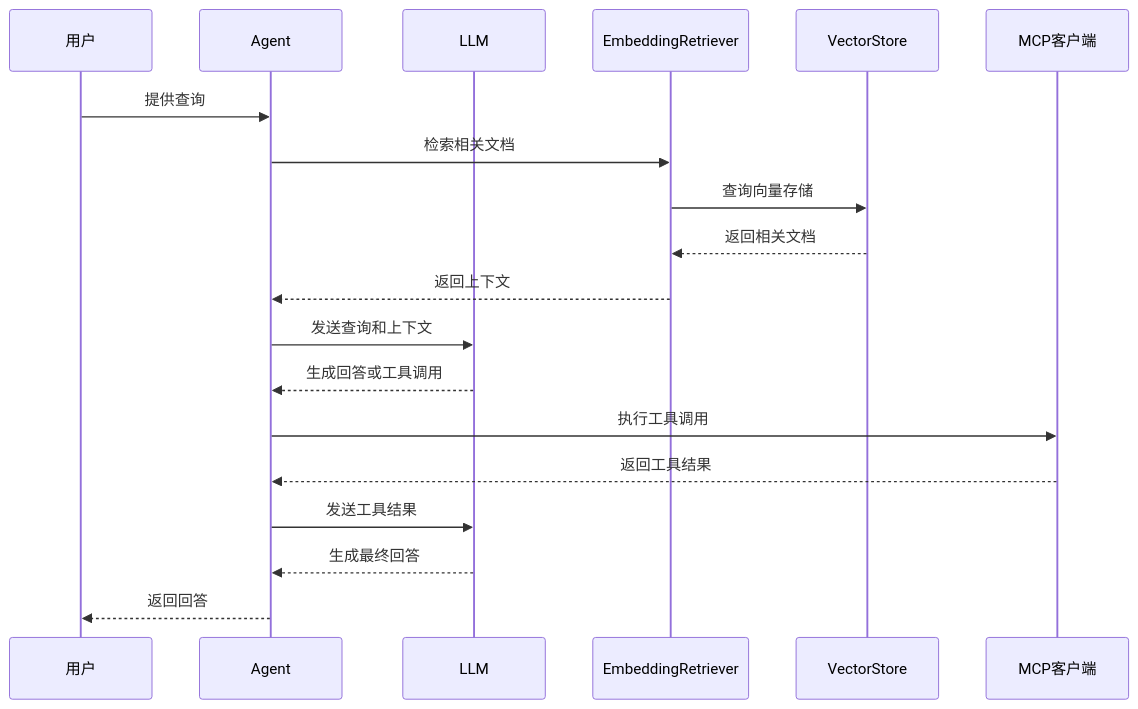
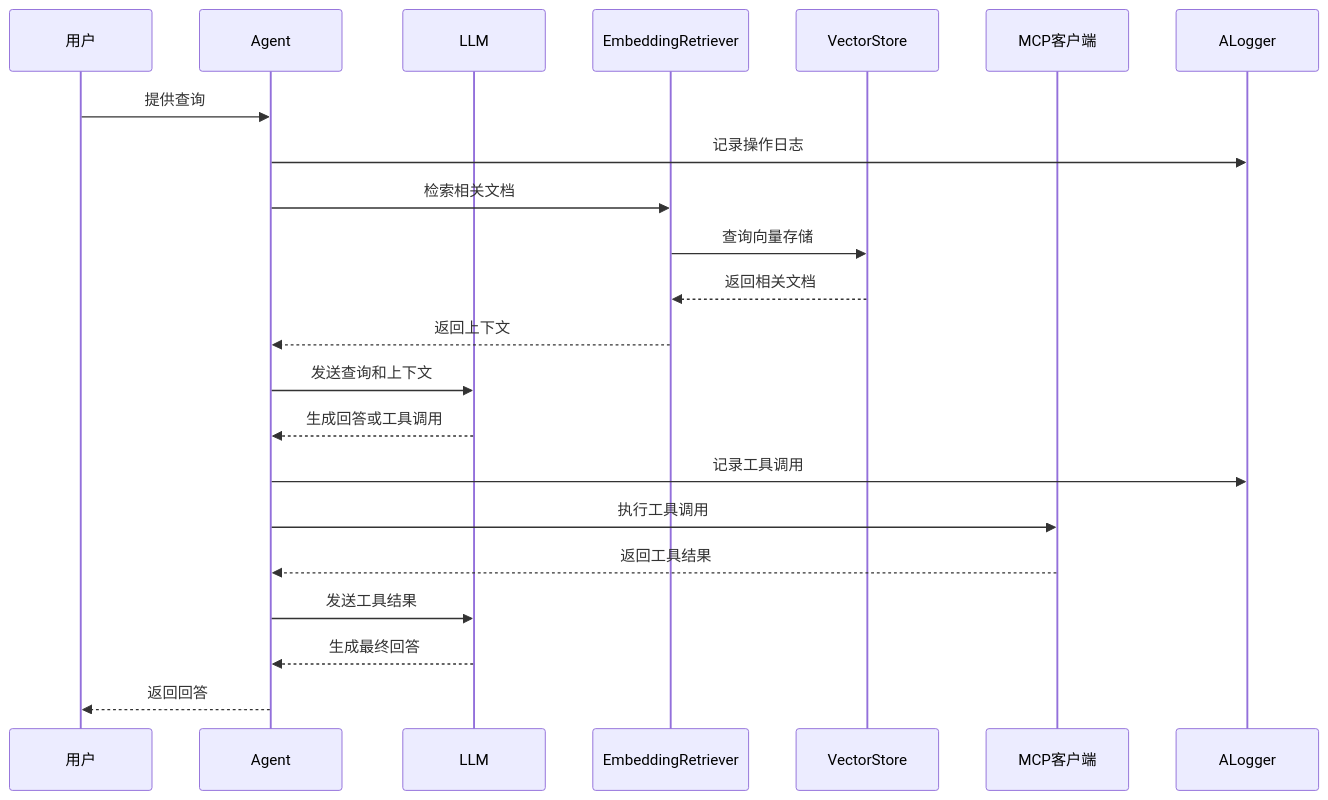
One commit to baller/SmartMap-Agent changed the third of 3 diagrams in README.md. Above: the diagram before and after it, drawn with Mermaid. The commit also changed other lines of this file, not shown here.

````diff
--- a/README.md
+++ b/README.md
@@ -125,22 +133,25 @@
 ```mermaid
 sequenceDiagram
     participant User as 用户
     participant Agent as Agent
     participant LLM as LLM
     participant ER as EmbeddingRetriever
     participant VS as VectorStore
     participant MCP as MCP客户端
+    participant Logger as ALogger
 
     User->>Agent: 提供查询
+    Agent->>Logger: 记录操作日志
     Agent->>ER: 检索相关文档
     ER->>VS: 查询向量存储
     VS-->>ER: 返回相关文档
     ER-->>Agent: 返回上下文
     Agent->>LLM: 发送查询和上下文
     LLM-->>Agent: 生成回答或工具调用
+    Agent->>Logger: 记录工具调用
     Agent->>MCP: 执行工具调用
     MCP-->>Agent: 返回工具结果
     Agent->>LLM: 发送工具结果
     LLM-->>Agent: 生成最终回答
     Agent-->>User: 返回回答
 ```
````
